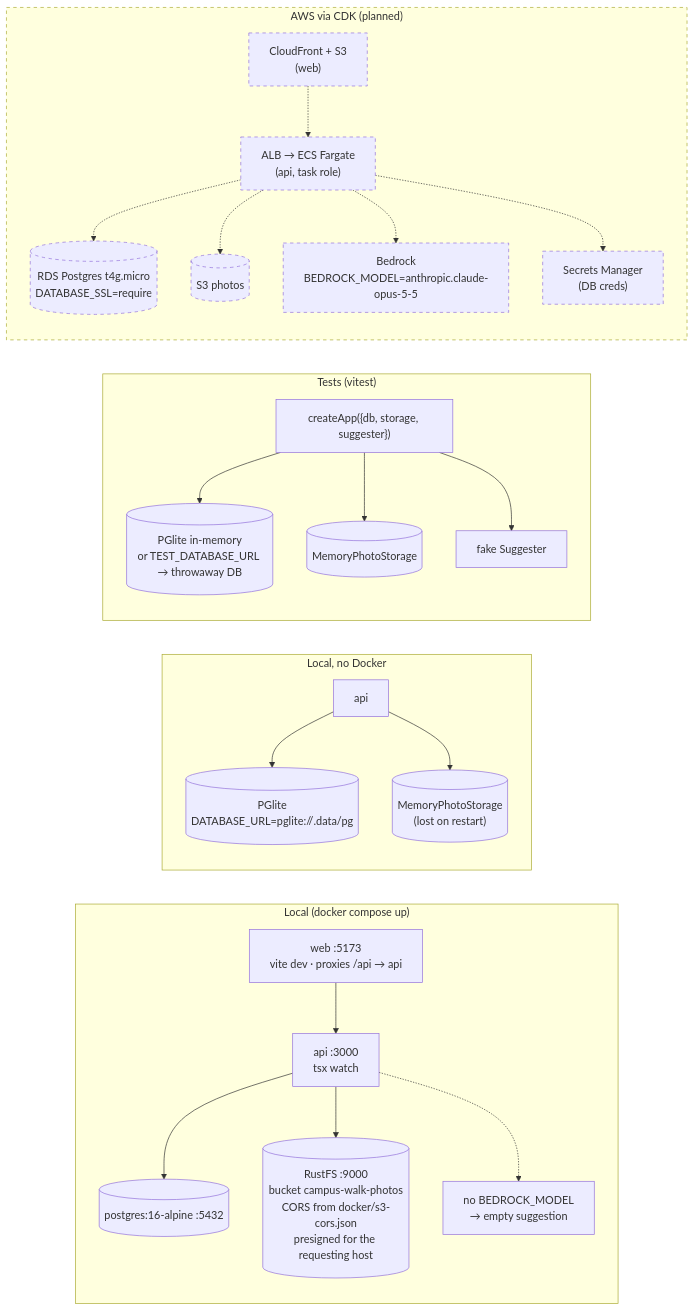
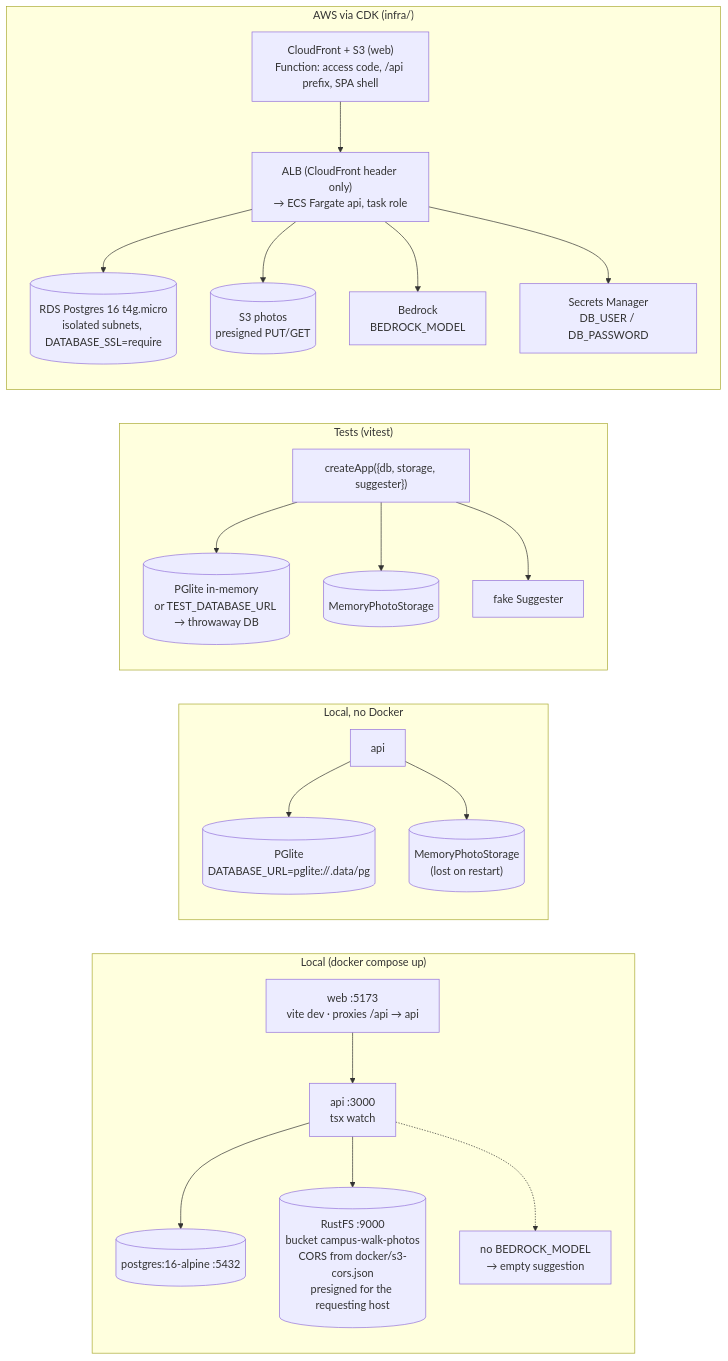
The sixth of 7 diagrams in docs/architecture.md (mcsantiago/vlk-architects-campus-walk), drawn with Mermaid before and after one commit. The commit also changed other lines of this file and 16 other files, not shown here.

First line of the commit message:
Add the AWS CDK stack, deployable but not exercised

````diff
--- a/docs/architecture.md
+++ b/docs/architecture.md
@@ -238,42 +238,39 @@
 ```mermaid
 flowchart LR
   subgraph local["Local (docker compose up)"]
     lweb["web :5173\nvite dev · proxies /api → api"]
     lapi["api :3000\ntsx watch"]
     lpg[("postgres:16-alpine :5432")]
     lrust[("RustFS :9000\nbucket campus-walk-photos\nCORS from docker/s3-cors.json\npresigned for the requesting host")]
     lnone["no BEDROCK_MODEL\n→ empty suggestion"]
     lweb --> lapi
     lapi --> lpg & lrust
     lapi -.-> lnone
   end
 
   subgraph nodocker["Local, no Docker"]
     papi["api"]
     pglite[("PGlite\nDATABASE_URL=pglite://.data/pg")]
     mem[("MemoryPhotoStorage\n(lost on restart)")]
     papi --> pglite & mem
   end
 
   subgraph test["Tests (vitest)"]
     tapp["createApp({db, storage, suggester})"]
     tpg[("PGlite in-memory\nor TEST_DATABASE_URL → throwaway DB")]
     tmem[("MemoryPhotoStorage")]
     tfake["fake Suggester"]
     tapp --> tpg & tmem & tfake
   end
 
-  subgraph aws["AWS via CDK (planned)"]
-    cf["CloudFront + S3\n(web)"]
-    alb["ALB → ECS Fargate\n(api, task role)"]
-    rds[("RDS Postgres t4g.micro\nDATABASE_SSL=require")]
-    ps3[("S3 photos")]
-    br["Bedrock\nBEDROCK_MODEL=anthropic.claude-opus-5-5"]
-    sm["Secrets Manager\n(DB creds)"]
-    cf -.-> alb
-    alb -.-> rds & ps3 & br & sm
+  subgraph aws["AWS via CDK (infra/)"]
+    cf["CloudFront + S3 (web)\nFunction: access code, /api prefix, SPA shell"]
+    alb["ALB (CloudFront header only)\n→ ECS Fargate api, task role"]
+    rds[("RDS Postgres 16 t4g.micro\nisolated subnets, DATABASE_SSL=require")]
+    ps3[("S3 photos\npresigned PUT/GET")]
+    br["Bedrock\nBEDROCK_MODEL"]
+    sm["Secrets Manager\nDB_USER / DB_PASSWORD"]
+    cf --> alb
+    alb --> rds & ps3 & br & sm
   end
-
-  classDef planned stroke-dasharray: 5 5
-  class aws,cf,alb,rds,ps3,br,sm planned
 ```
````
